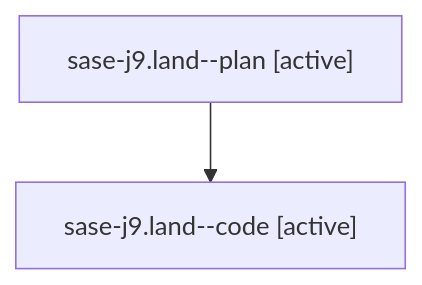
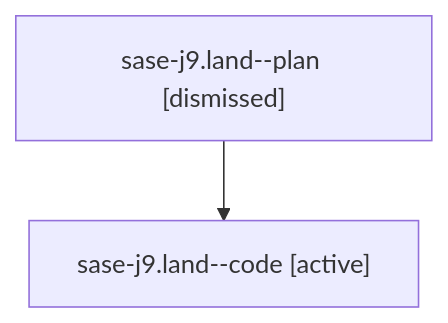
The diagram in families/bbugyi200.athena.sase-j9.land.md (sase-org/sase--agents), drawn with Mermaid before and after one commit. The commit also changed other lines of this file and 200 other files, not shown here.

````diff
--- a/families/bbugyi200.athena.sase-j9.land.md
+++ b/families/bbugyi200.athena.sase-j9.land.md
@@ -9,6 +9,6 @@
 ```mermaid
 flowchart TD
-  n0["sase-j9.land--plan [active]"]
+  n0["sase-j9.land--plan [dismissed]"]
   n1["sase-j9.land--code [active]"]
   n0 --> n1
 ```
````
